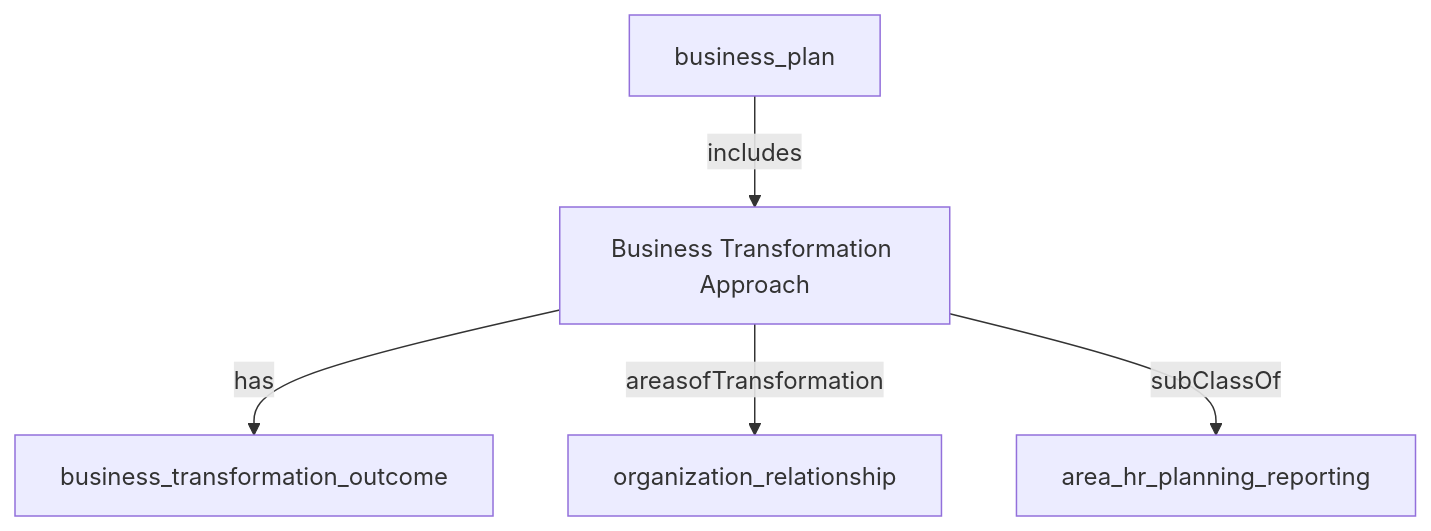
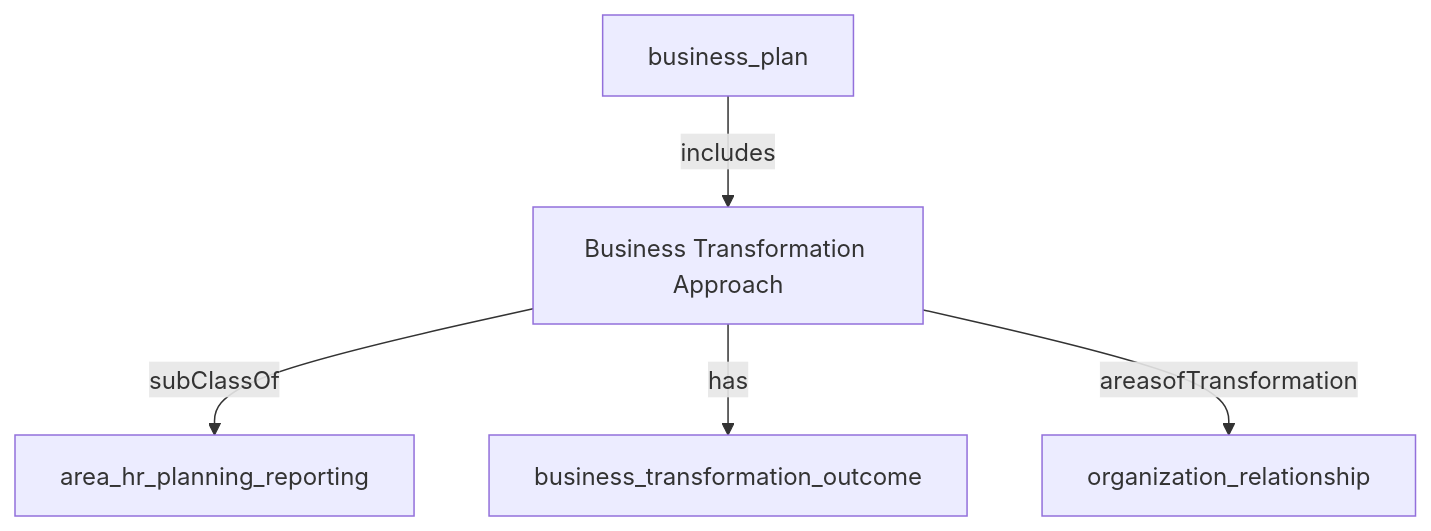
One commit to heidingaway/heidi2 changed the diagram in content/hr_data_model/business_transformation_approach.md. Above: the diagram before and after it, drawn with Mermaid. The commit also changed other lines of this file and 350 other files, not shown here.

````diff
--- a/content/hr_data_model/business_transformation_approach.md
+++ b/content/hr_data_model/business_transformation_approach.md
@@ -23,12 +24,12 @@
 ```mermaid
 graph TD
   Business_Transformation_Approach["Business Transformation Approach"]:::current-page-node
   area_hr_planning_reporting["area_hr_planning_reporting"]
   organization_relationship["organization_relationship"]
   business_transformation_outcome["business_transformation_outcome"]
   business_plan["business_plan"]
-  business_plan-->|" includes "|Business_Transformation_Approach
+  Business_Transformation_Approach-->|" subClassOf "|area_hr_planning_reporting
   Business_Transformation_Approach-->|" has "|business_transformation_outcome
   Business_Transformation_Approach-->|" areasofTransformation "|organization_relationship
-  Business_Transformation_Approach-->|" subClassOf "|area_hr_planning_reporting
+  business_plan-->|" includes "|Business_Transformation_Approach
 ```
````
